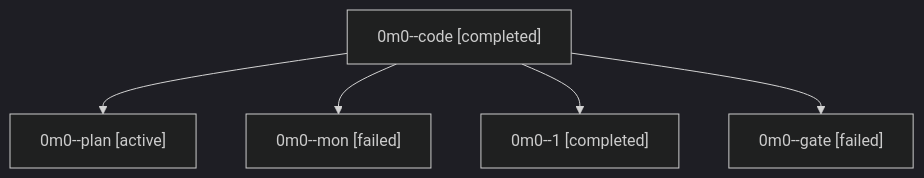
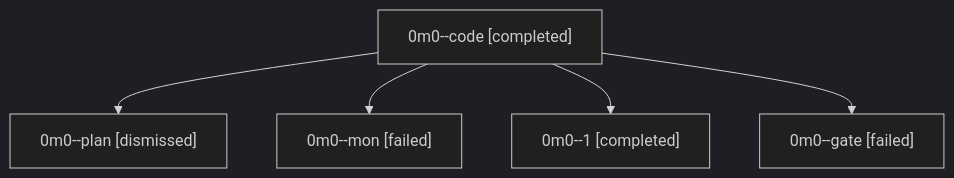
One commit to sase-org/sase--agents changed the diagram in sessions/bbugyi200.athena.0m0.md. Above: the diagram before and after it, drawn with Mermaid (dark theme). The commit also changed other lines of this file and 28 other files, not shown here.

````diff
--- a/sessions/bbugyi200.athena.0m0.md
+++ b/sessions/bbugyi200.athena.0m0.md
@@ -9,12 +9,12 @@
 ```mermaid
 flowchart TD
   n0["0m0--code [completed]"]
-  n1["0m0--plan [active]"]
+  n1["0m0--plan [dismissed]"]
   n0 --> n1
   n2["0m0--mon [failed]"]
   n0 --> n2
   n3["0m0--1 [completed]"]
   n0 --> n3
   n4["0m0--gate [failed]"]
   n0 --> n4
 ```
````
